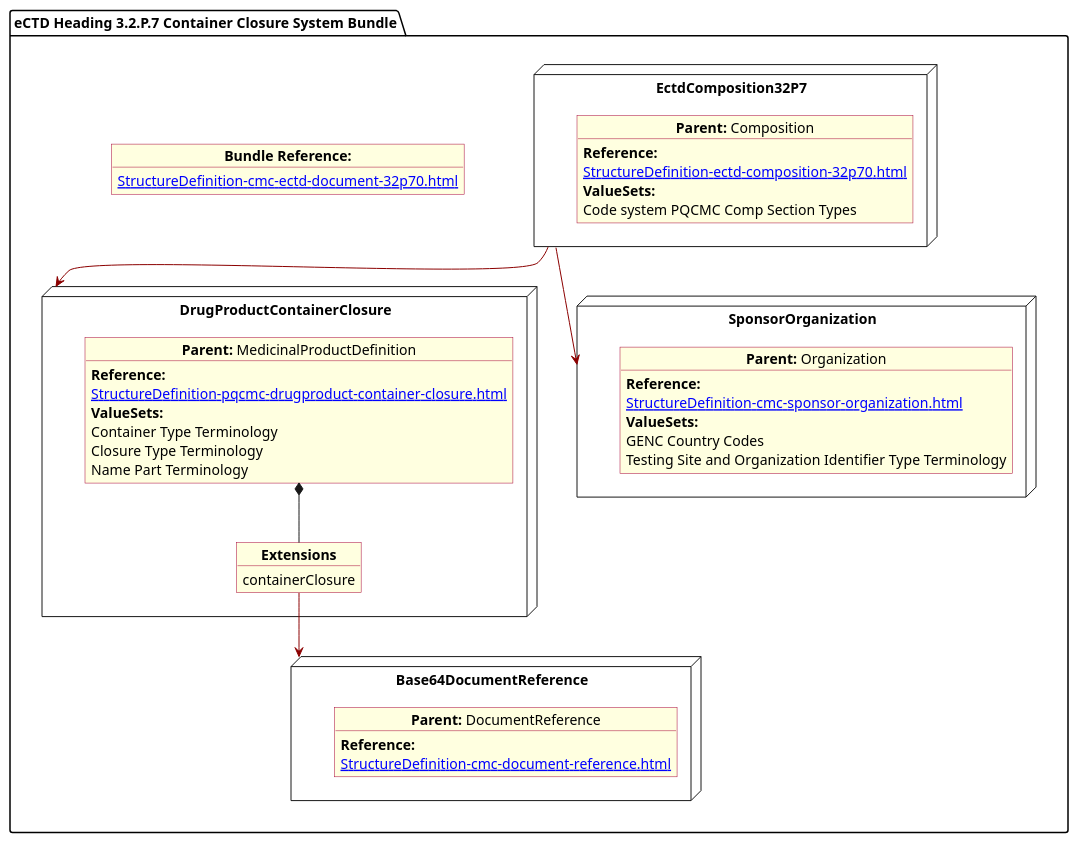
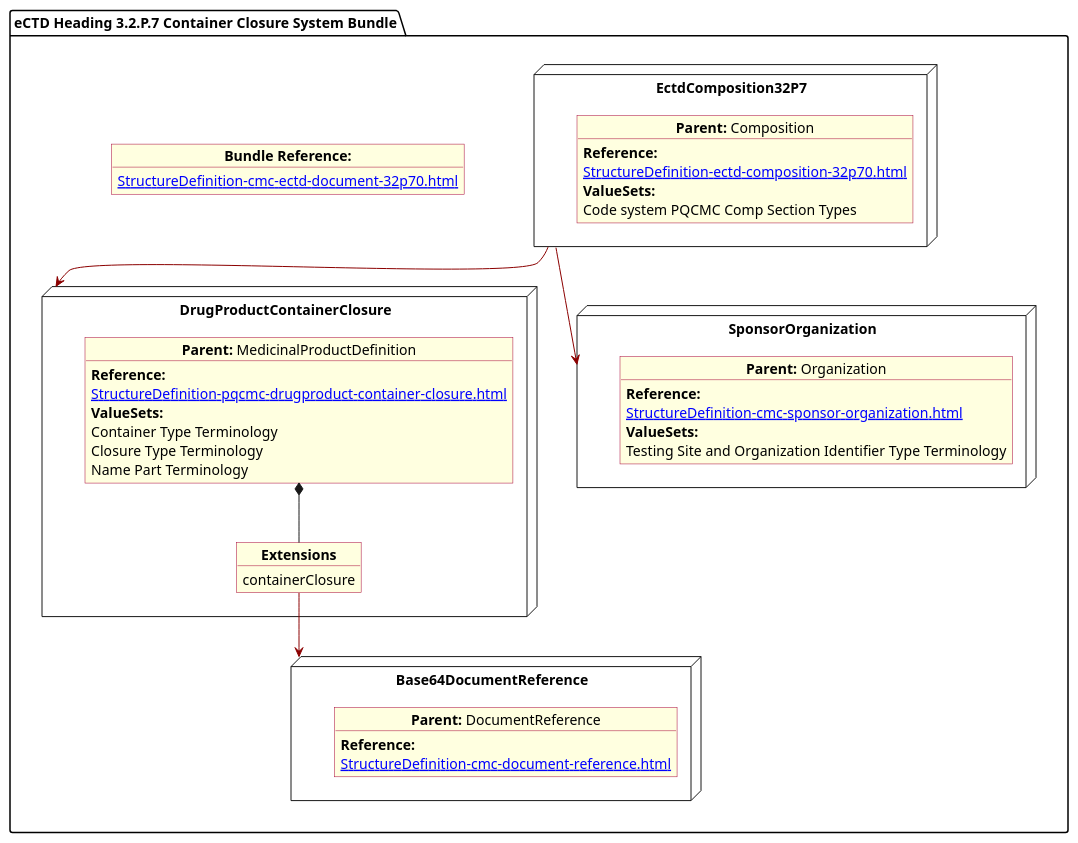
One commit to HL7/FHIR-us-pq-cmc-fda changed the diagram in input/images-source/ContainerClosure.plantuml. Above: the diagram before and after it, drawn with PlantUML. The commit also changed 32 other files, not shown here.

```diff
--- a/input/images-source/ContainerClosure.plantuml
+++ b/input/images-source/ContainerClosure.plantuml
@@ -1,65 +1,64 @@
 @startuml ContainerClosure
 allowmixing
 'Mixed model of use case and object
 skinparam svgDimensionStyle false
 skinparam ObjectBackgroundColor LightYellow
 skinparam ObjectBorderColor #A80036
 skinparam activityDiamondBorderColor #A80036
 skinparam activityDiamondBackgroundColor lawnGreen
 skinparam ClassBorderThickness 4
 
 package "eCTD Heading 3.2.P.7 Container Closure System Bundle" as NODES {
     object "**Bundle Reference:**" as objbun {
         [[StructureDefinition-cmc-ectd-document-32p70.html]]
     }
 
     node "EctdComposition32P7" as N1 {
 
         object "**Parent:** Composition" as obj1 {
             **Reference:**
             [[StructureDefinition-ectd-composition-32p70.html]]
             **ValueSets:**
             Code system PQCMC Comp Section Types
         }
 
     }
     node "DrugProductContainerClosure" as N21 {
 
         object "**Parent:** MedicinalProductDefinition" as obj22 {
             **Reference:**
             [[StructureDefinition-pqcmc-drugproduct-container-closure.html]]
             **ValueSets:**
             Container Type Terminology
             Closure Type Terminology
             Name Part Terminology
         }
         object "**Extensions**" as objEx {
             containerClosure
         }
         obj22 *-- objEx
     }
     node "Base64DocumentReference" as NB64 {
 
         object "**Parent:** DocumentReference" as obj64 {
 
             **Reference:**
             [[StructureDefinition-cmc-document-reference.html]]
         }
 
     }
     node "SponsorOrganization" as NSO {
 
         object "**Parent:** Organization" as objAu {
             **Reference:**
             [[StructureDefinition-cmc-sponsor-organization.html]]
             **ValueSets:**
-            GENC Country Codes
             Testing Site and Organization Identifier Type Terminology
         }
     }
 }
 
 N1 -[#darkred]-> N21
 N1 -[#darkred]-> NSO
 objEx -[#darkred]-> NB64
 @enduml
```
